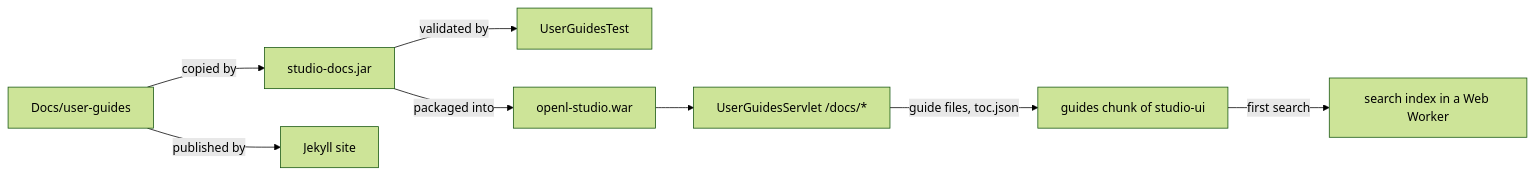
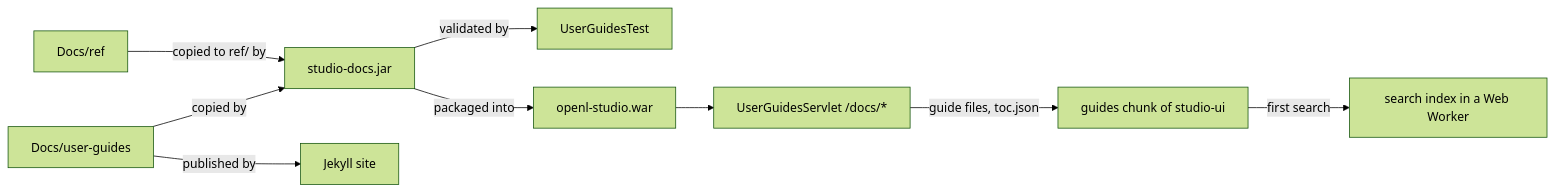
The diagram in Docs/architecture/embedded-user-guides.md (openl-tablets/openl-tablets), drawn with Mermaid (forest theme) before and after one commit. The commit also changed other lines of this file and 9 other files, not shown here.

````diff
--- a/Docs/architecture/embedded-user-guides.md
+++ b/Docs/architecture/embedded-user-guides.md
@@ -23,10 +23,11 @@
 ```mermaid
 flowchart LR
     MD["Docs/user-guides"] -->|copied by| DOCS["studio-docs.jar"]
+    REF["Docs/ref"] -->|copied to ref/ by| DOCS
     DOCS -->|validated by| VAL["UserGuidesTest"]
     DOCS -->|packaged into| WAR["openl-studio.war"]
     WAR --> SERVLET["UserGuidesServlet /docs/*"]
     SERVLET -->|guide files, toc.json| UI["guides chunk of studio-ui"]
     UI -->|first search| IDX["search index in a Web Worker"]
     MD -->|published by| SITE["Jekyll site"]
 ```
````
